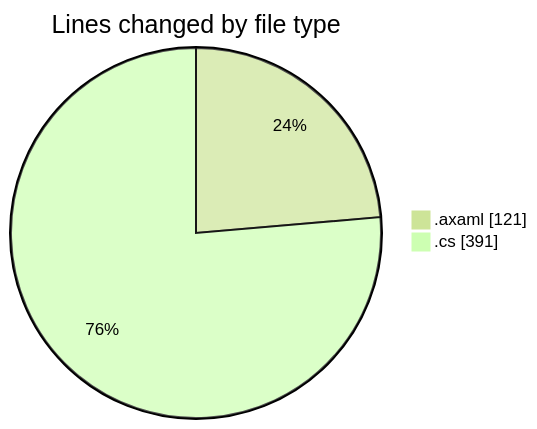
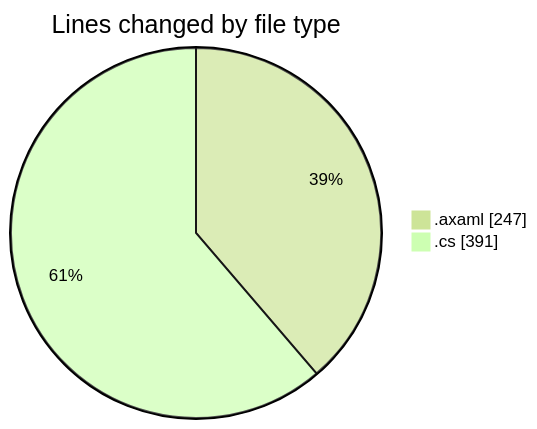
The first of 2 diagrams in 2025-10-29/skintrack/README.md (Netris89/code-tracking), drawn with Mermaid (forest theme) before and after one commit. The commit also changed other lines of this file and 1 other file, not shown here.

````diff
--- a/2025-10-29/skintrack/README.md
+++ b/2025-10-29/skintrack/README.md
@@ -36,6 +36,6 @@
 ```mermaid
 pie showData
 title Lines changed by file type
-".axaml" : 121
+".axaml" : 247
 ".cs" : 391
 ```
````
